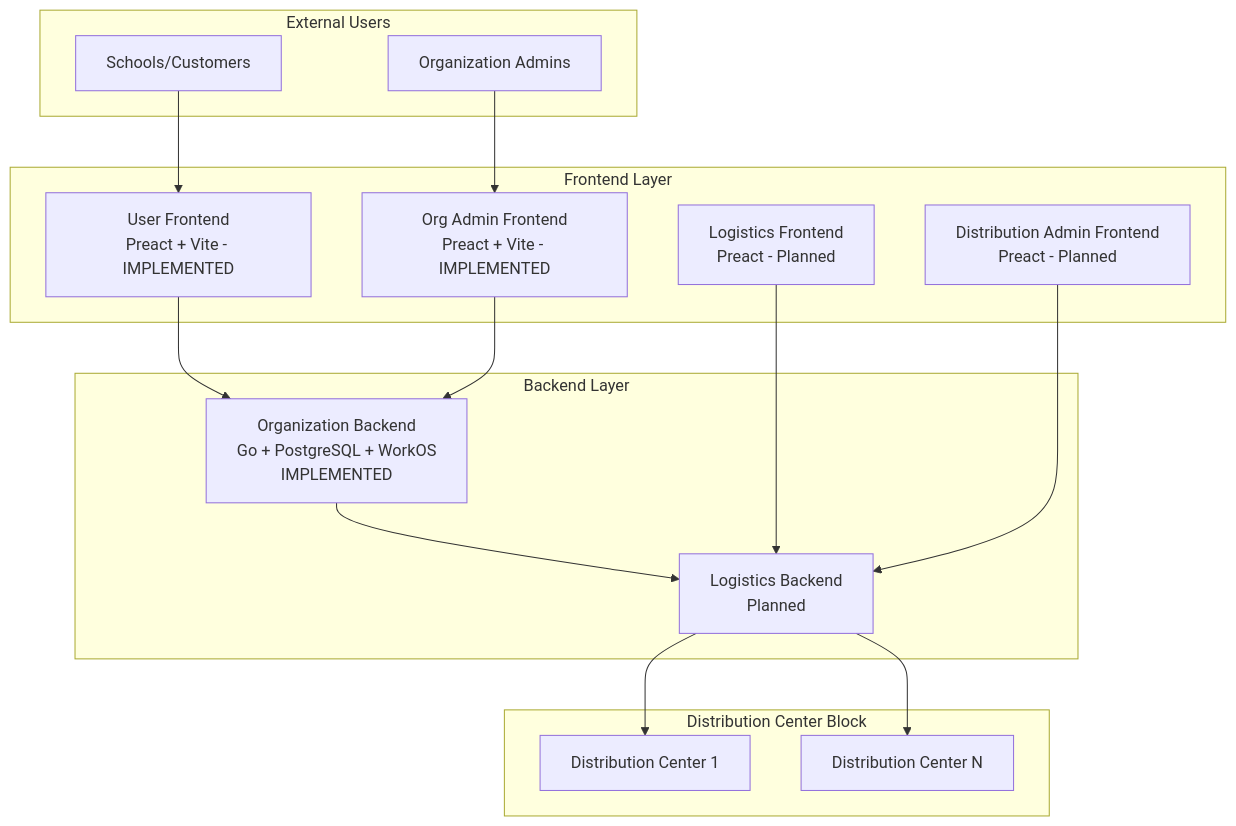
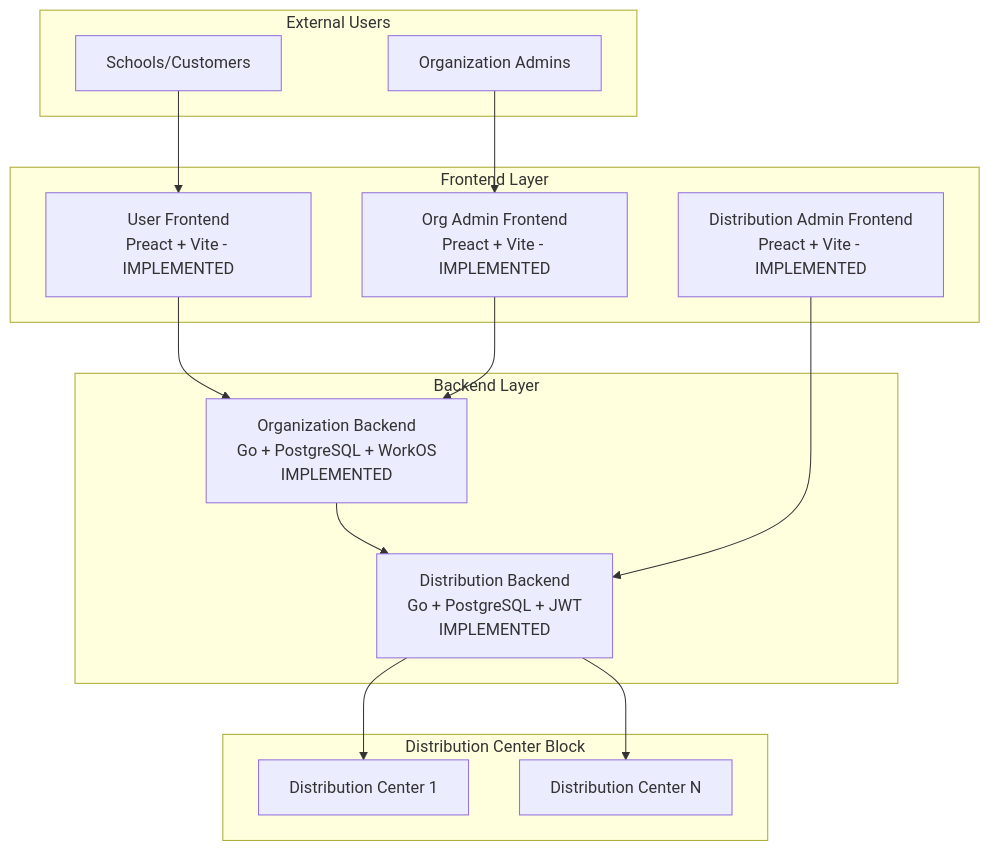
Before and after one commit to SpaceTy/FAELP: the first of 2 diagrams in architecture.md, drawn with Mermaid. The commit also changed other lines of this file, not shown here.

Commit message:
update architecture.md with new info

````diff
--- a/architecture.md
+++ b/architecture.md
@@ -25,35 +25,33 @@
 ```mermaid
 flowchart TB
     subgraph External["External Users"]
         Schools["Schools/Customers"]
         OrgAdmins["Organization Admins"]
     end
 
     subgraph FrontendLayer["Frontend Layer"]
         UserFrontend["User Frontend<br/>Preact + Vite - IMPLEMENTED"]
         OrgAdminFrontend["Org Admin Frontend<br/>Preact + Vite - IMPLEMENTED"]
-        LogisticsFrontend["Logistics Frontend<br/>Preact - Planned"]
-        DistAdminFrontend["Distribution Admin Frontend<br/>Preact - Planned"]
+        DistAdminFrontend["Distribution Admin Frontend<br/>Preact + Vite - IMPLEMENTED"]
     end
 
     subgraph BackendLayer["Backend Layer"]
         OrgBackend["Organization Backend<br/>Go + PostgreSQL + WorkOS<br/>IMPLEMENTED"]
-        LogBackend["Logistics Backend<br/>Planned"]
+        DistBackend["Distribution Backend<br/>Go + PostgreSQL + JWT<br/>IMPLEMENTED"]
     end
 
     subgraph DistributionBlock["Distribution Center Block"]
         DistCenter1["Distribution Center 1"]
         DistCenterN["Distribution Center N"]
     end
 
     Schools --> UserFrontend
     OrgAdmins --> OrgAdminFrontend
     UserFrontend --> OrgBackend
     OrgAdminFrontend --> OrgBackend
-    OrgBackend --> LogBackend
-    LogBackend --> DistCenter1
-    LogBackend --> DistCenterN
+    OrgBackend --> DistBackend
+    DistBackend --> DistCenter1
+    DistBackend --> DistCenterN
     
-    LogisticsFrontend --> LogBackend
-    DistAdminFrontend --> LogBackend
+    DistAdminFrontend --> DistBackend
 ```
````
